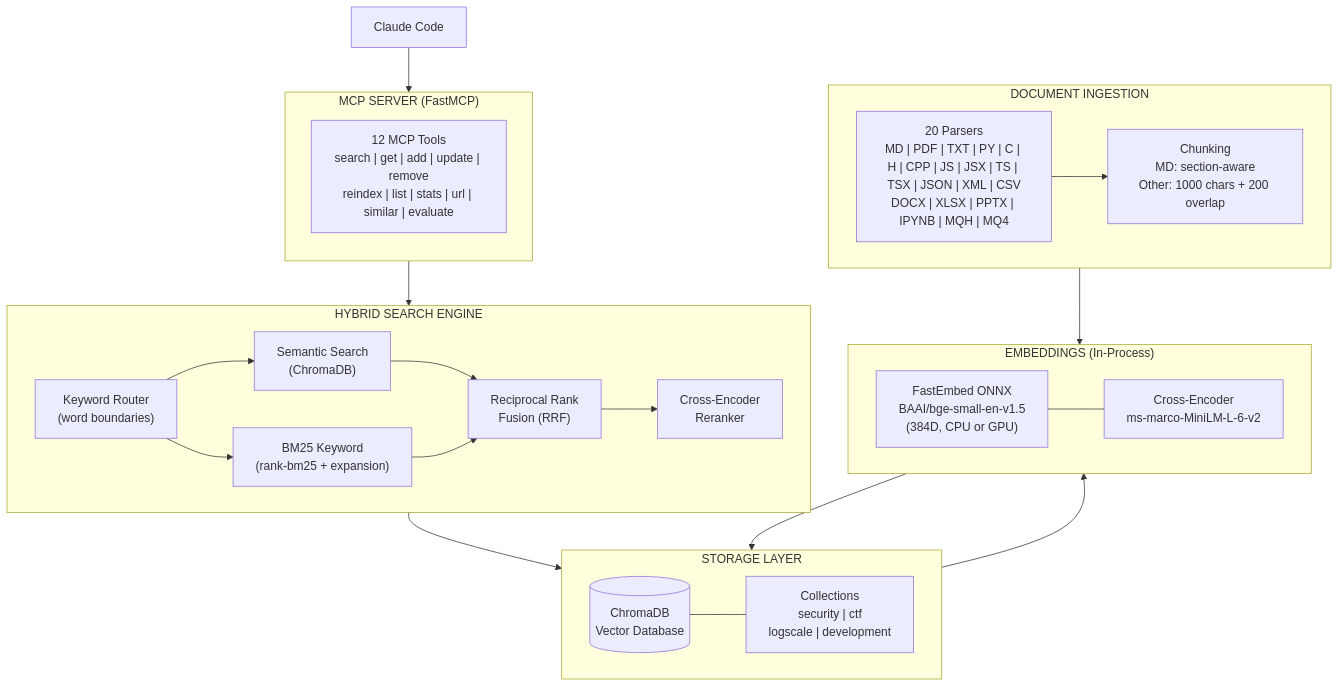
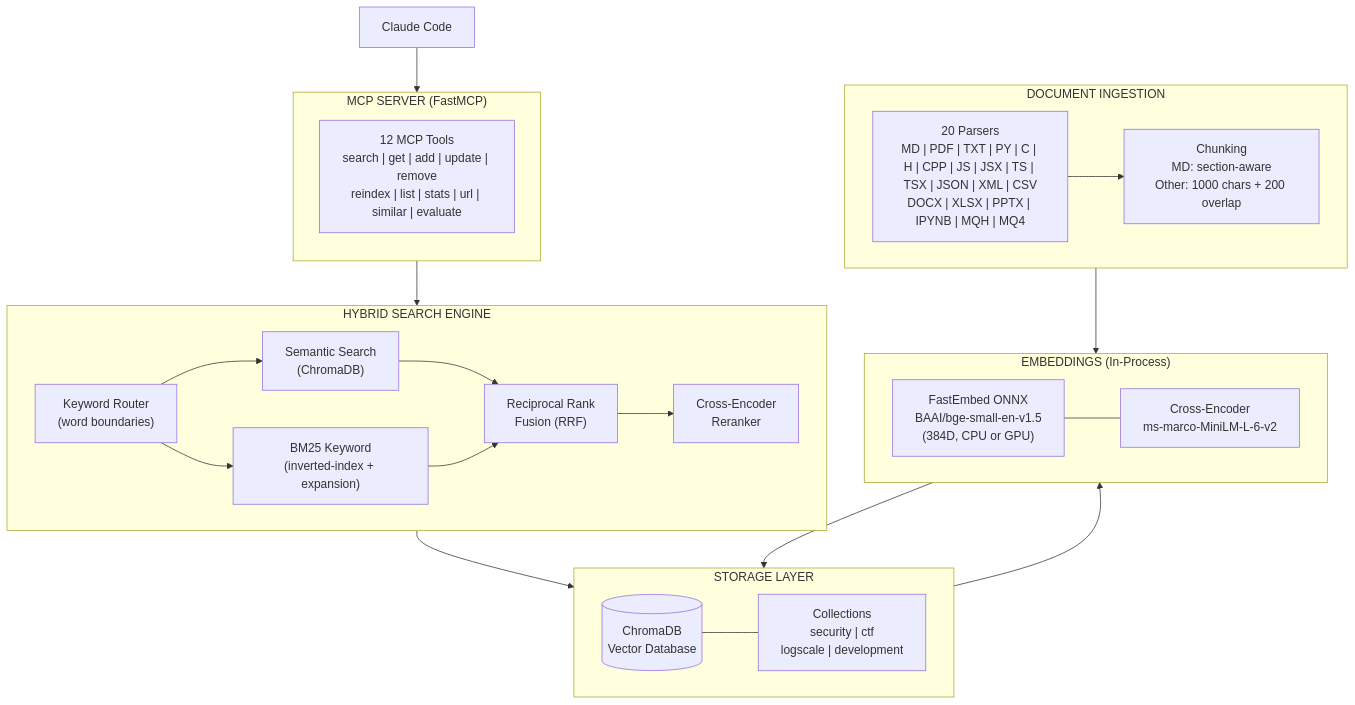
Before and after one commit to imakealol/knowledge-rag: the first of 4 diagrams in README.md, drawn with Mermaid. The commit also changed other lines of this file and 7 other files, not shown here.

First line of the commit message:
feat(search): inverted-index BM25 128x speedup + snippet_mode + min_score

````diff
--- a/README.md
+++ b/README.md
@@ -206,48 +216,48 @@
 ```mermaid
 flowchart TB
     subgraph MCP["MCP SERVER (FastMCP)"]
         direction TB
         TOOLS["12 MCP Tools<br/>search | get | add | update | remove<br/>reindex | list | stats | url | similar | evaluate"]
     end
 
     subgraph SEARCH["HYBRID SEARCH ENGINE"]
         direction LR
         ROUTER["Keyword Router<br/>(word boundaries)"]
         SEMANTIC["Semantic Search<br/>(ChromaDB)"]
-        BM25["BM25 Keyword<br/>(rank-bm25 + expansion)"]
+        BM25["BM25 Keyword<br/>(inverted-index + expansion)"]
         RRF["Reciprocal Rank<br/>Fusion (RRF)"]
         RERANK["Cross-Encoder<br/>Reranker"]
 
         ROUTER --> SEMANTIC
         ROUTER --> BM25
         SEMANTIC --> RRF
         BM25 --> RRF
         RRF --> RERANK
     end
 
     subgraph STORAGE["STORAGE LAYER"]
         direction LR
         CHROMA[("ChromaDB<br/>Vector Database")]
         COLLECTIONS["Collections<br/>security | ctf<br/>logscale | development"]
         CHROMA --- COLLECTIONS
     end
 
     subgraph EMBED["EMBEDDINGS (In-Process)"]
         FASTEMBED["FastEmbed ONNX<br/>BAAI/bge-small-en-v1.5<br/>(384D, CPU or GPU)"]
         CROSSENC["Cross-Encoder<br/>ms-marco-MiniLM-L-6-v2"]
         FASTEMBED --- CROSSENC
     end
 
     subgraph INGEST["DOCUMENT INGESTION"]
         PARSERS["20 Parsers<br/>MD | PDF | TXT | PY | C | H | CPP | JS | JSX | TS | TSX | JSON | XML | CSV<br/>DOCX | XLSX | PPTX | IPYNB | MQH | MQ4"]
         CHUNKER["Chunking<br/>MD: section-aware<br/>Other: 1000 chars + 200 overlap"]
         PARSERS --> CHUNKER
     end
 
     CLAUDE["Claude Code"] --> MCP
     MCP --> SEARCH
     SEARCH --> STORAGE
     STORAGE --> EMBED
     INGEST --> EMBED
     EMBED --> STORAGE
 ```
````
